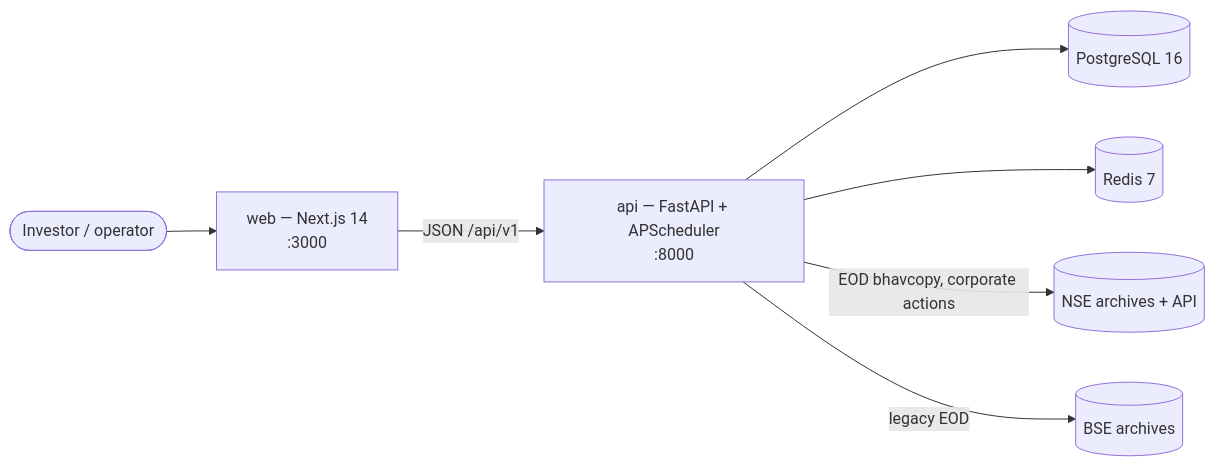
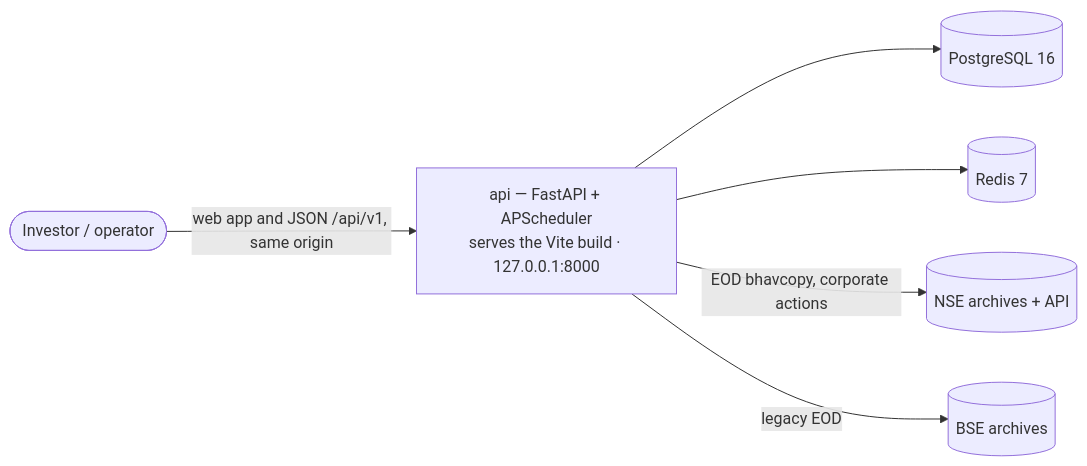
One commit to varun-uec/StocksMomentum changed the diagram in docs/current/architecture.md. Above: the diagram before and after it, drawn with Mermaid. The commit also changed other lines of this file and 104 other files, not shown here.

First line of the commit message:
M10: serve a Vite web app from the API, local by default

````diff
--- a/docs/current/architecture.md
+++ b/docs/current/architecture.md
@@ -9,9 +9,8 @@
 ```mermaid
 flowchart LR
-  user(["Investor / operator"]) --> web["web — Next.js 14<br/>:3000"]
-  web -->|JSON /api/v1| api["api — FastAPI + APScheduler<br/>:8000"]
+  user(["Investor / operator"]) -->|"web app and JSON /api/v1, same origin"| api["api — FastAPI + APScheduler<br/>serves the Vite build · 127.0.0.1:8000"]
   api --> db[("PostgreSQL 16")]
   api --> redis[("Redis 7")]
   api -->|EOD bhavcopy, corporate actions| nse[("NSE archives + API")]
   api -->|legacy EOD| bse[("BSE archives")]
 ```
````
